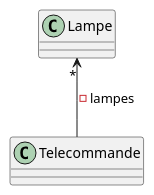
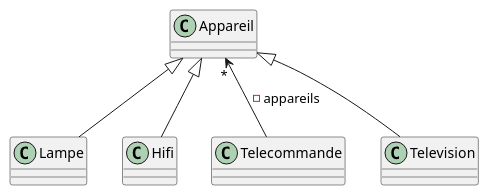
Before and after one commit to MathsYeux/2016_coo_domotique_dessaulx1u: the diagram in TD1_Dessaulx/src/diagramme.puml, drawn with PlantUML. The commit also changed 3 other files, not shown here.

```diff
--- a/TD1_Dessaulx/src/diagramme.puml
+++ b/TD1_Dessaulx/src/diagramme.puml
@@ -1,10 +1,14 @@
 @startuml
 'https://plantuml.com/class-diagram
 
 class Lampe
+class Hifi
+class Appareil
 class Telecommande
 
-Lampe "*" <-- Telecommande : -lampes
-
+Appareil "*" <-- Telecommande : -appareils
+Appareil <|-- Lampe
+Appareil <|-- Hifi
+Appareil <|-- Television
 
 @enduml
```
